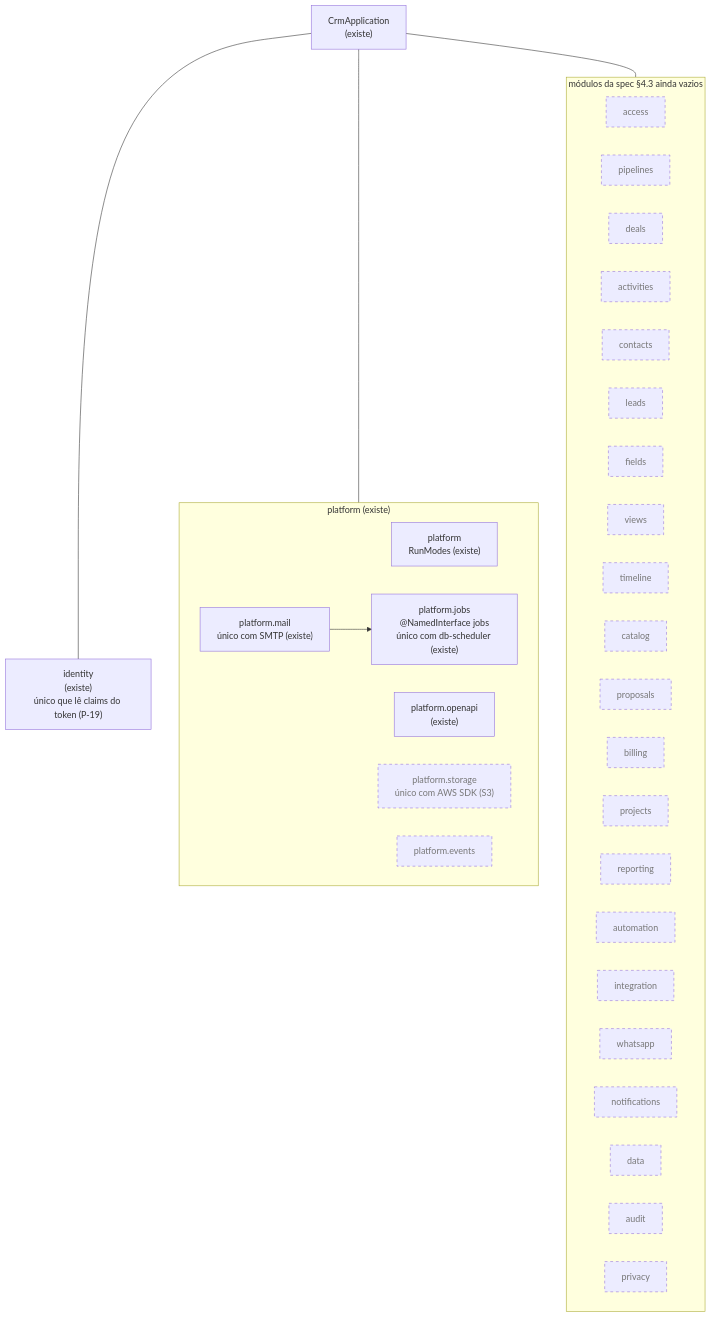
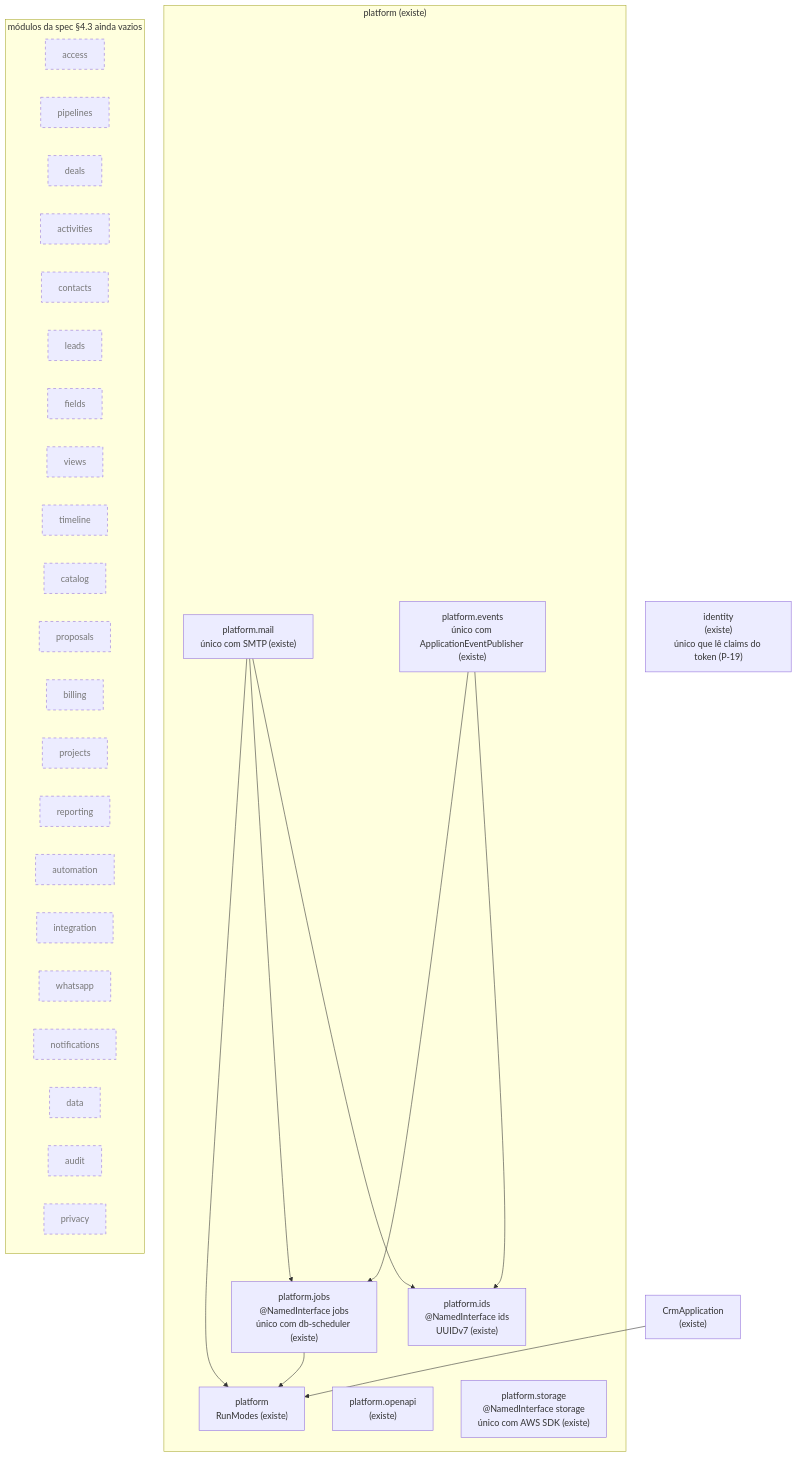
One commit to akeel-dev/crm-akeel changed the diagram in docs/arquitetura/modulos.md. Above: the diagram before and after it, drawn with Mermaid. The commit also changed other lines of this file and 2 other files, not shown here.

Commit message:
Portão da Onda 0, Arquiteto: módulos conferidos em 46e767a, atalhos com gatilho e fonte, SISTEMA atualizado

````diff
--- a/docs/arquitetura/modulos.md
+++ b/docs/arquitetura/modulos.md
@@ -31,47 +51,51 @@
 ```mermaid
 flowchart TB
   app["CrmApplication<br/>(existe)"]
 
   identity["identity<br/>(existe)<br/>único que lê claims do token (P-19)"]
 
   subgraph platform["platform (existe)"]
     runmodes["platform<br/>RunModes (existe)"]
     openapi["platform.openapi<br/>(existe)"]
     jobs["platform.jobs<br/>@NamedInterface jobs<br/>único com db-scheduler (existe)"]
+    ids["platform.ids<br/>@NamedInterface ids<br/>UUIDv7 (existe)"]
     mail["platform.mail<br/>único com SMTP (existe)"]
-    storage["platform.storage<br/>único com AWS SDK (S3)"]
-    events["platform.events"]
+    events["platform.events<br/>único com ApplicationEventPublisher (existe)"]
+    storage["platform.storage<br/>@NamedInterface storage<br/>único com AWS SDK (existe)"]
   end
 
   subgraph dominio["módulos da spec §4.3 ainda vazios"]
     access["access"]
     pipelines["pipelines"]
     deals["deals"]
     activities["activities"]
     contacts["contacts"]
     leads["leads"]
     fields["fields"]
     views["views"]
     timeline["timeline"]
     catalog["catalog"]
     proposals["proposals"]
     billing["billing"]
     projects["projects"]
     reporting["reporting"]
     automation["automation"]
     integration["integration"]
     whatsapp["whatsapp"]
     notifications["notifications"]
     data["data"]
     audit["audit"]
     privacy["privacy"]
   end
 
-  app --- identity
-  app --- platform
-  app --- dominio
+  app --> runmodes
+  jobs --> runmodes
+  mail --> runmodes
   mail --> jobs
+  mail --> ids
+  events --> jobs
+  events --> ids
 
   classDef futuro stroke-dasharray: 5 5,color:#777;
-  class storage,events,access,pipelines,deals,activities,contacts,leads,fields,views,timeline,catalog,proposals,billing,projects,reporting,automation,integration,whatsapp,notifications,data,audit,privacy futuro;
+  class access,pipelines,deals,activities,contacts,leads,fields,views,timeline,catalog,proposals,billing,projects,reporting,automation,integration,whatsapp,notifications,data,audit,privacy futuro;
 ```
````
